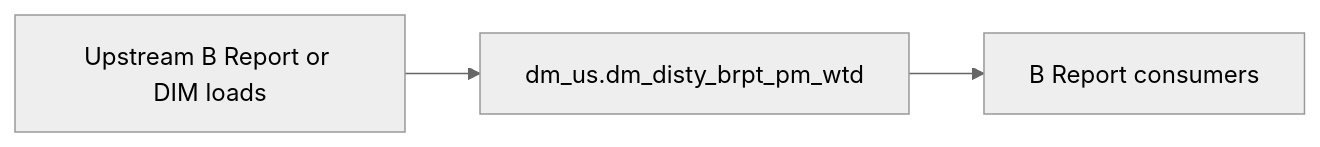
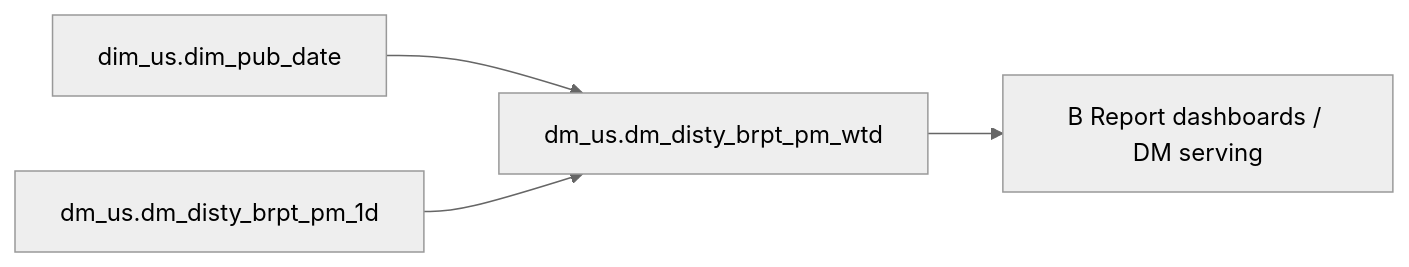
Before and after one commit to chengduhaha/data_agent: the diagram in backend/defaults/b_report/workspace/target/knowledgebase/b-report-us/dm_disty_brpt_pm_wtd.md, drawn with Mermaid (neutral theme). The commit also changed other lines of this file and 1108 other files, not shown here.

````diff
--- a/backend/defaults/b_report/workspace/target/knowledgebase/b-report-us/dm_disty_brpt_pm_wtd.md
+++ b/backend/defaults/b_report/workspace/target/knowledgebase/b-report-us/dm_disty_brpt_pm_wtd.md
@@ -153,8 +271,10 @@
 ```mermaid
 flowchart LR
-  upstream[Upstream B Report or DIM loads]
-  tgt["dm_us.dm_disty_brpt_pm_wtd"]
-  brpt[B Report consumers]
-  upstream --> tgt
-  tgt --> brpt
+  dm_us_dm_disty_brpt_pm_wtd["dm_us.dm_disty_brpt_pm_wtd"]
+  src0["dim_us.dim_pub_date"]
+  src0 --> dm_us_dm_disty_brpt_pm_wtd
+  src1["dm_us.dm_disty_brpt_pm_1d"]
+  src1 --> dm_us_dm_disty_brpt_pm_wtd
+  consumers["B Report dashboards / DM serving"]
+  dm_us_dm_disty_brpt_pm_wtd --> consumers
 ```
````
